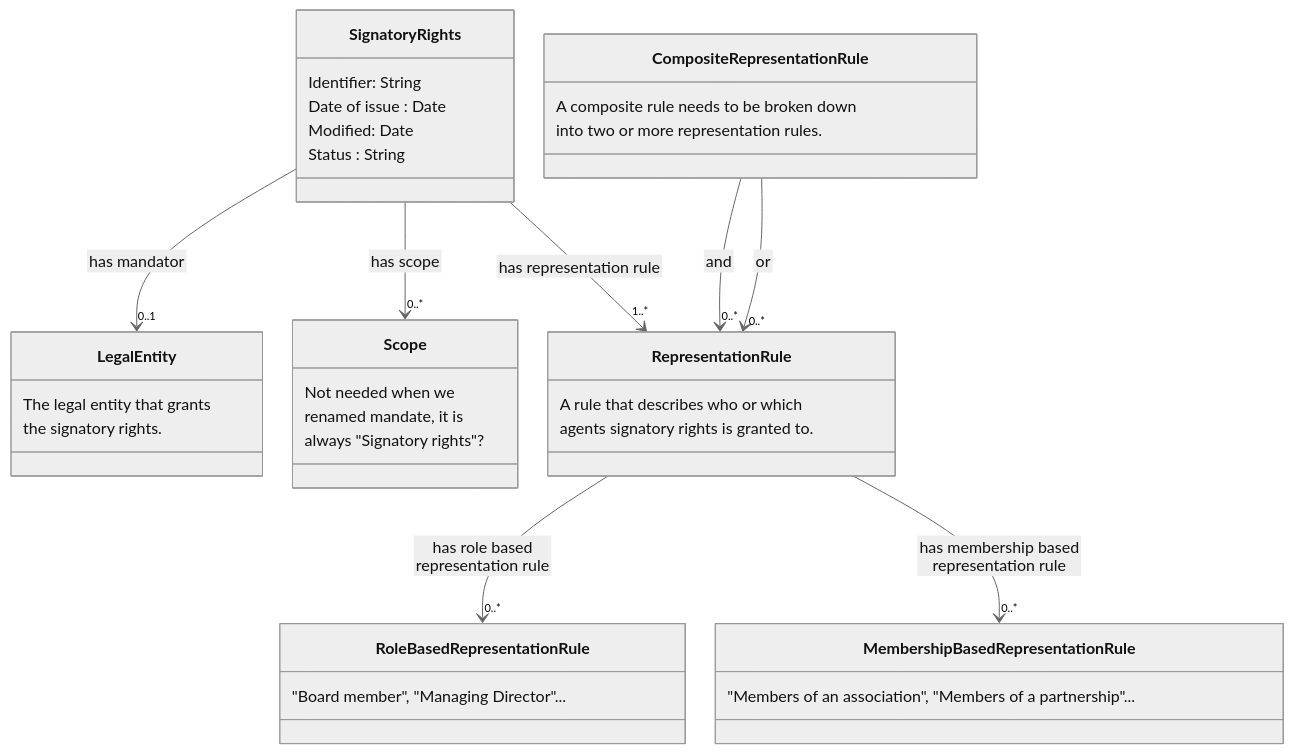
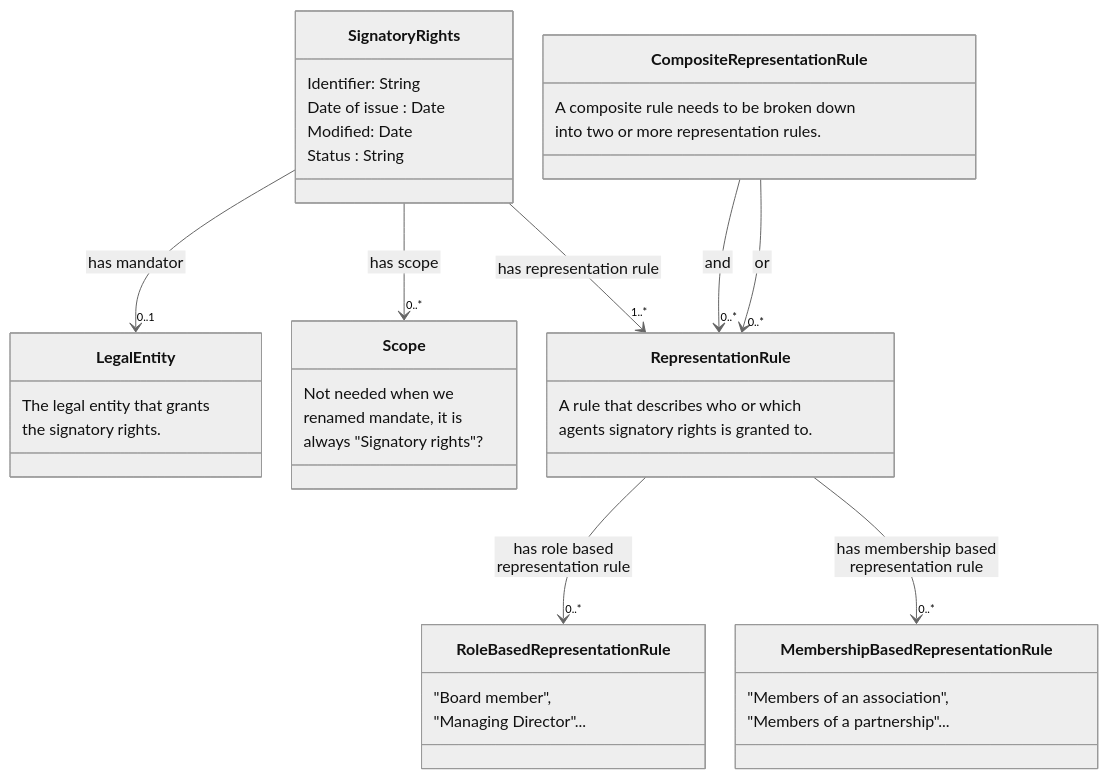
The diagram in README.md (nordicsmartgovernment/Nordic-Signatory-Rights-Model), drawn with Mermaid (neutral theme) before and after one commit.

````diff
--- a/README.md
+++ b/README.md
@@ -23,54 +23,56 @@
 ```mermaid
  %%{init:{'flowchart':{'nodeSpacing': 30, 'rankSpacing': 95, 'htmlLabels': false}}}%%
     classDiagram
        
         class Signatory Rights {
             Identifier: String
             Date of issue : Date
             Modified: Date
             Status : String
         }
 
         Signatory Rights --> "0..1" Legal Entity : has mandator
         Signatory Rights --> "0..*" Scope : has scope
         Signatory Rights --> "1..*" Representation Rule : has representation rule
 
         class Legal Entity {
            The legal entity that grants
            the signatory rights.
         }
 
         class Scope {
            Not needed when we
            renamed mandate, it is
            always "Signatory rights"?
         }
 
         class Representation Rule {
            A rule that describes who or which
            agents signatory rights is granted to.
         }
 
         Representation Rule  --> "0..*" Role Based Representation Rule : has role based representation rule
         Representation Rule --> "0..*" Membership Based Representation Rule : has membership based representation rule
 
         class Role Based Representation Rule {
-           "Board member", "Managing Director"...
+           "Board member",
+           "Managing Director"...
         }
 
         class Membership Based Representation Rule {
-           "Members of an association", "Members of a partnership"...
+           "Members of an association",
+           "Members of a partnership"...
         }
 
         class Composite Representation Rule {
            A composite rule needs to be broken down
            into two or more representation rules.
         }
 
         Composite Representation Rule --> "0..*" Representation Rule : and
         Composite Representation Rule --> "0..*" Representation Rule : or
 
         class Scope {
         }
 
 ```
````
